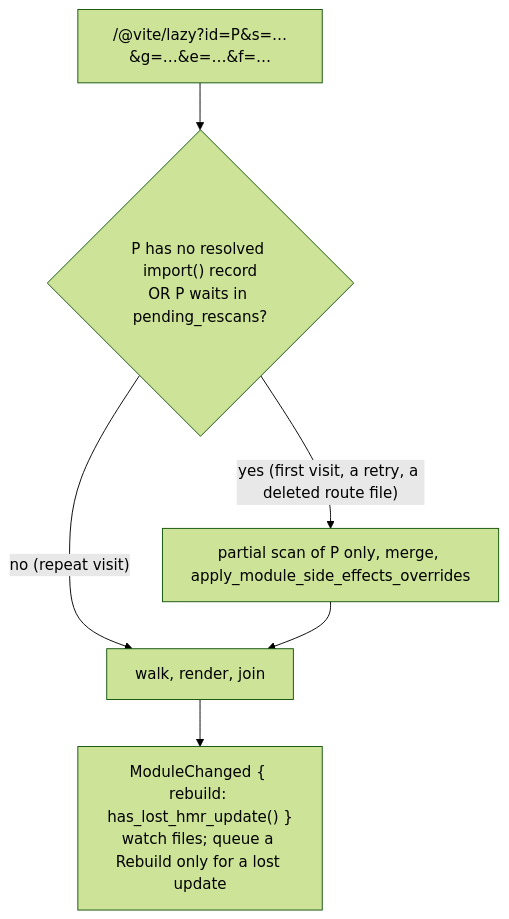
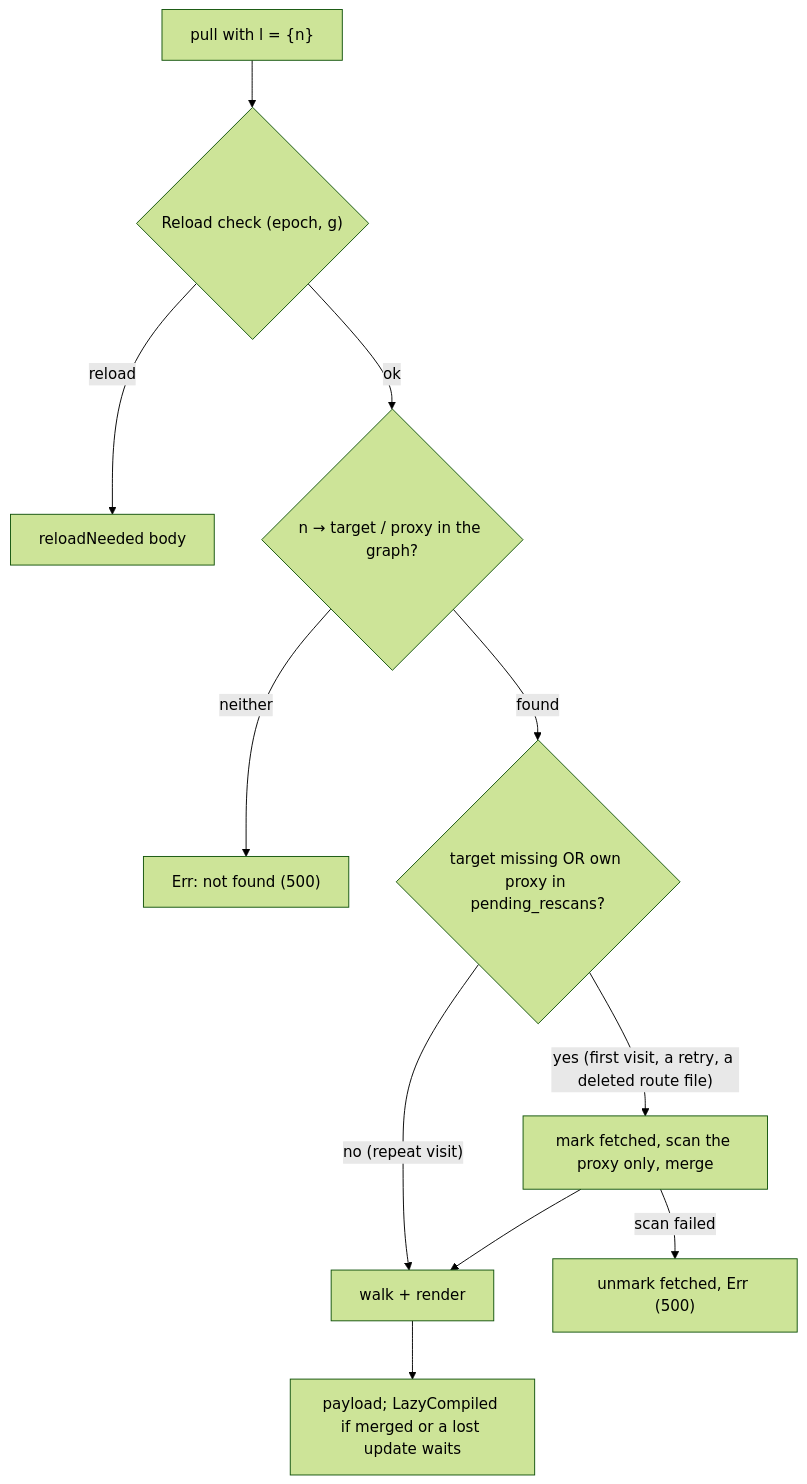
One commit to rolldown/rolldown changed the second of 2 diagrams in internal-docs/lazy-compilation/design.md. Above: the diagram before and after it, drawn with Mermaid (forest theme). The commit also changed other lines of this file and 43 other files, not shown here.

Commit message:
feat(dev): lazy compilation through the pull endpoint

````diff
--- a/internal-docs/lazy-compilation/design.md
+++ b/internal-docs/lazy-compilation/design.md
@@ -203,8 +204,13 @@
 ```mermaid
 flowchart TD
-  R["/@vite/lazy?id=P&s=…&g=…&e=…&f=…"] --> F{"P has no resolved import() record<br/>OR P waits in pending_rescans?"}
-  F -- "yes (first visit, a retry, a deleted route file)" --> Scan["partial scan of P only, merge, apply_module_side_effects_overrides"]
-  F -- "no (repeat visit)" --> Sel
-  Scan --> Sel["walk, render, join"]
-  Sel --> MC["ModuleChanged { rebuild: has_lost_hmr_update() }<br/>watch files; queue a Rebuild only for a lost update"]
+  Q["pull with l = {n}"] --> C{"Reload check (epoch, g)"}
+  C -- reload --> RB["reloadNeeded body"]
+  C -- ok --> L{"n → target / proxy in the graph?"}
+  L -- neither --> E["Err: not found (500)"]
+  L -- found --> S{"target missing OR own proxy in pending_rescans?"}
+  S -- "no (repeat visit)" --> W["walk + render"]
+  S -- "yes (first visit, a retry, a deleted route file)" --> M["mark fetched, scan the proxy only, merge"]
+  M -- scan failed --> U["unmark fetched, Err (500)"]
+  M --> W
+  W --> P["payload; LazyCompiled if merged or a lost update waits"]
 ```
````
